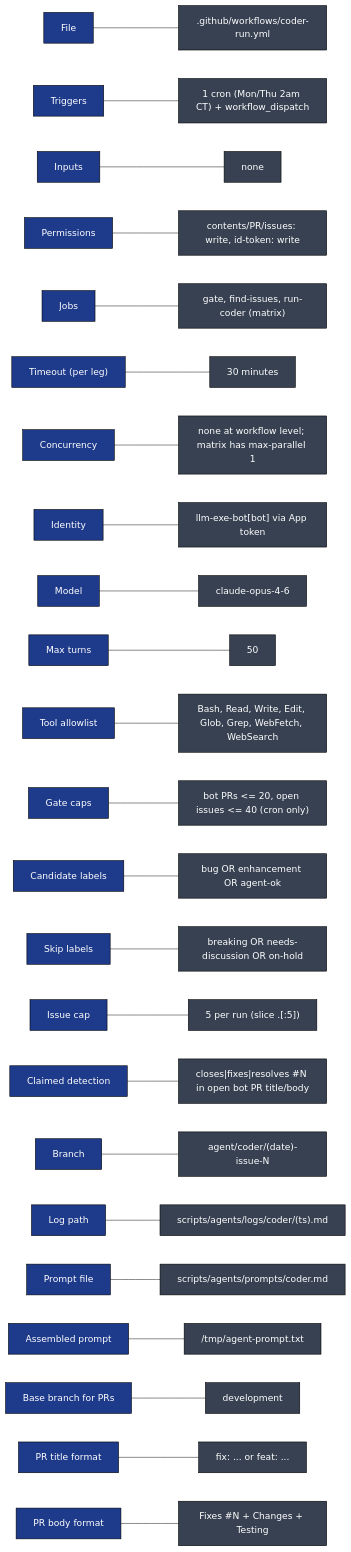
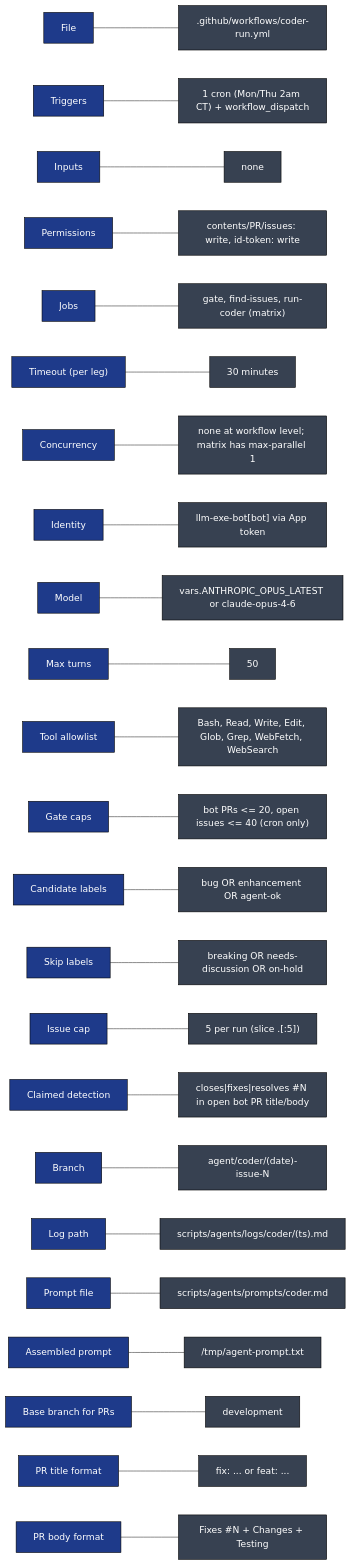
One commit to gregreindel/llm-exe changed diagram 13 of 13 in .github/docs/CODER_RUN_DEEP_DIVE.md. Above: the diagram before and after it, drawn with Mermaid. The commit also changed other lines of this file and 7 other files, not shown here.

````diff
--- a/.github/docs/CODER_RUN_DEEP_DIVE.md
+++ b/.github/docs/CODER_RUN_DEEP_DIVE.md
@@ -696,29 +696,29 @@
 ```mermaid
 flowchart LR
     classDef k fill:#1e3a8a,color:#fff,stroke:#000
     classDef v fill:#374151,color:#fff,stroke:#000
 
     K1["File"]:::k --- V1[".github/workflows/coder-run.yml"]:::v
     K2["Triggers"]:::k --- V2["1 cron (Mon/Thu 2am CT) + workflow_dispatch"]:::v
     K3["Inputs"]:::k --- V3["none"]:::v
     K4["Permissions"]:::k --- V4["contents/PR/issues: write, id-token: write"]:::v
     K5["Jobs"]:::k --- V5["gate, find-issues, run-coder (matrix)"]:::v
     K6["Timeout (per leg)"]:::k --- V6["30 minutes"]:::v
     K7["Concurrency"]:::k --- V7["none at workflow level; matrix has max-parallel 1"]:::v
     K8["Identity"]:::k --- V8["llm-exe-bot[bot] via App token"]:::v
-    K9["Model"]:::k --- V9["claude-opus-4-6"]:::v
+    K9["Model"]:::k --- V9["vars.ANTHROPIC_OPUS_LATEST or claude-opus-4-6"]:::v
     K10["Max turns"]:::k --- V10["50"]:::v
     K11["Tool allowlist"]:::k --- V11["Bash, Read, Write, Edit, Glob, Grep, WebFetch, WebSearch"]:::v
     K12["Gate caps"]:::k --- V12["bot PRs <= 20, open issues <= 40 (cron only)"]:::v
     K13["Candidate labels"]:::k --- V13["bug OR enhancement OR agent-ok"]:::v
     K14["Skip labels"]:::k --- V14["breaking OR needs-discussion OR on-hold"]:::v
     K15["Issue cap"]:::k --- V15["5 per run (slice .[:5])"]:::v
     K16["Claimed detection"]:::k --- V16["closes|fixes|resolves #N in open bot PR title/body"]:::v
     K17["Branch"]:::k --- V17["agent/coder/(date)-issue-N"]:::v
     K18["Log path"]:::k --- V18["scripts/agents/logs/coder/(ts).md"]:::v
     K19["Prompt file"]:::k --- V19["scripts/agents/prompts/coder.md"]:::v
     K20["Assembled prompt"]:::k --- V20["/tmp/agent-prompt.txt"]:::v
     K21["Base branch for PRs"]:::k --- V21["development"]:::v
     K22["PR title format"]:::k --- V22["fix: ... or feat: ..."]:::v
     K23["PR body format"]:::k --- V23["Fixes #N + Changes + Testing"]:::v
 ```
````
